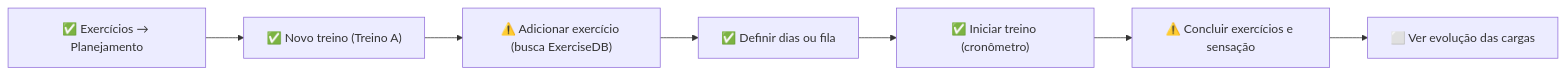
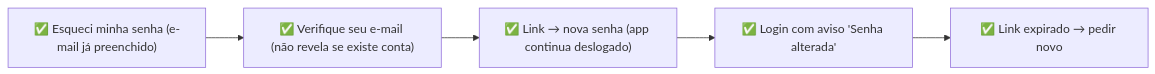
The third of 7 diagrams in audit/analysis.md (willians-e-silva/treina), drawn with Mermaid before and after one commit. The commit also changed other lines of this file and 22 other files, not shown here.

````diff
--- a/audit/analysis.md
+++ b/audit/analysis.md
@@ -1940,16 +2077,12 @@
 ```mermaid
 flowchart LR
-  s0["✅ Exercícios → Planejamento"]
-  s1["✅ Novo treino (Treino A)"]
+  s0["✅ Esqueci minha senha (e-mail já preenchido)"]
+  s1["✅ Verifique seu e-mail (não revela se existe conta)"]
   s0 --> s1
-  s2["⚠️ Adicionar exercício (busca ExerciseDB)"]
+  s2["✅ Link → nova senha (app continua deslogado)"]
   s1 --> s2
-  s3["✅ Definir dias ou fila"]
+  s3["✅ Login com aviso 'Senha alterada'"]
   s2 --> s3
-  s4["✅ Iniciar treino (cronômetro)"]
+  s4["✅ Link expirado → pedir novo"]
   s3 --> s4
-  s5["⚠️ Concluir exercícios e sensação"]
-  s4 --> s5
-  s6["⬜ Ver evolução das cargas"]
-  s5 --> s6
 ```
````
